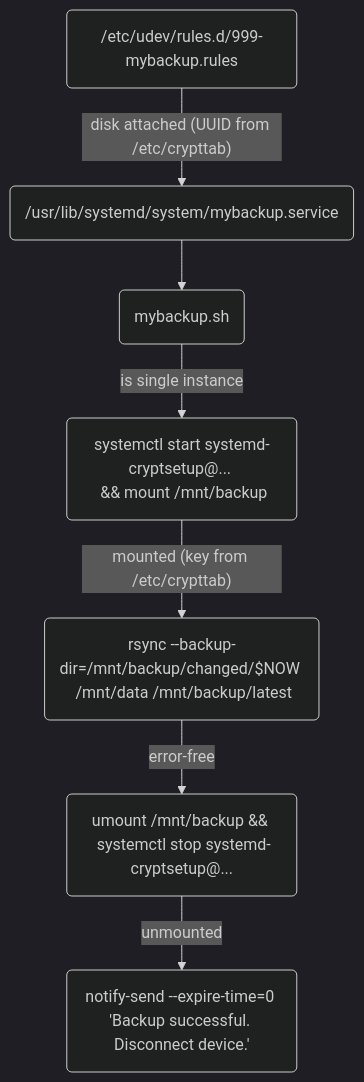
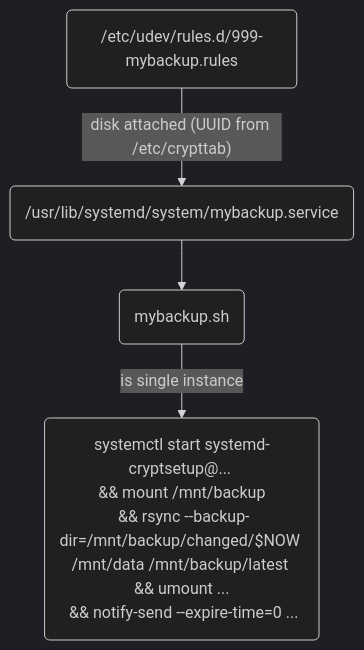
The diagram in README.md (andre-st/dotfiles), drawn with Mermaid (dark theme) before and after one commit.

````diff
--- a/README.md
+++ b/README.md
@@ -268,18 +268,12 @@
 ```mermaid
 flowchart TD
 
 	udev("/etc/udev/rules.d/999-mybackup.rules")
 	service("/usr/lib/systemd/system/mybackup.service")
 	sh("mybackup.sh")
-	mount("systemctl start systemd-cryptsetup@... <br> && mount /mnt/backup")
-	umount("umount /mnt/backup && <br> systemctl stop systemd-cryptsetup@...")
-	rsync("rsync --backup-dir=/mnt/backup/changed/$NOW <br> /mnt/data /mnt/backup/latest")
-	notify("notify-send --expire-time=0 'Backup successful. Disconnect device.'")
+	rsync("systemctl start systemd-cryptsetup@... <br> && mount /mnt/backup <br> && rsync --backup-dir=/mnt/backup/changed/$NOW /mnt/data /mnt/backup/latest <br> && umount ... <br> && notify-send --expire-time=0 ...")
 
 	udev-- "disk attached (UUID from /etc/crypttab)" -->service
 	service-->sh
-	sh-- "is single instance" -->mount
-	mount-- "mounted (key from /etc/crypttab)" -->rsync
-	rsync-- "error-free" -->umount
-	umount-- "unmounted" -->notify
+	sh-- "is single instance" -->rsync
 ```
````
